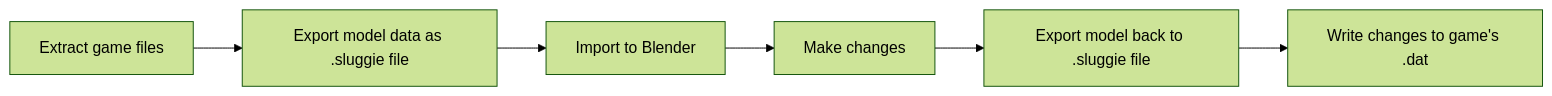
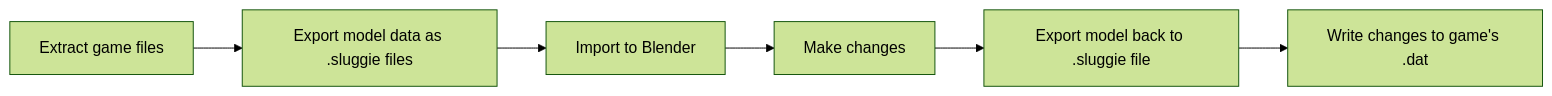
Before and after one commit to Jaws-git/Sluggies-dat-tools: the diagram in README.md, drawn with Mermaid (forest theme). The commit also changed other lines of this file and 1 other file, not shown here.

````diff
--- a/README.md
+++ b/README.md
@@ -56,8 +56,8 @@
 ```mermaid
 flowchart LR
-    A[Extract game files] --> B[Export model data as .sluggie file]
+    A[Extract game files] --> B[Export model data as .sluggie files]
     B --> C[Import to Blender]
     C --> D[Make changes]
     D --> E[Export model back to .sluggie file]
     E --> F[Write changes to game's .dat]
 ```
````
